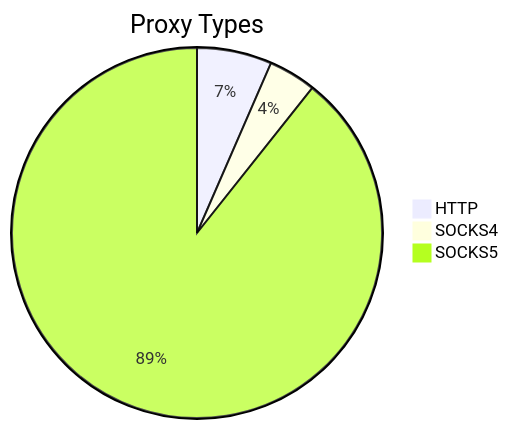
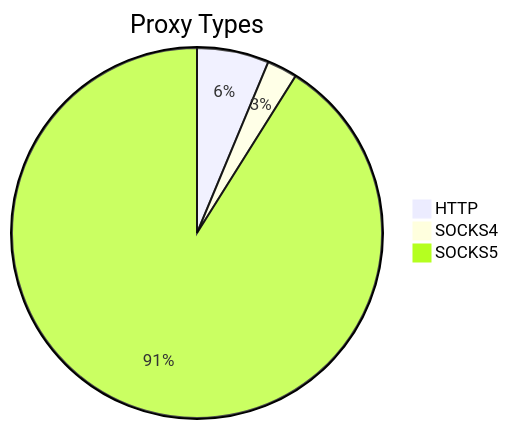
The first of 2 diagrams in README.md (stormsia/proxy-list), drawn with Mermaid before and after one commit. The commit also changed other lines of this file, not shown here.

````diff
--- a/README.md
+++ b/README.md
@@ -21,6 +21,6 @@
 ```mermaid
 pie title Proxy Types
-    "HTTP" : 148
-    "SOCKS4" : 94
-    "SOCKS5" : 2022
+    "HTTP" : 157
+    "SOCKS4" : 66
+    "SOCKS5" : 2275
 ```
````
